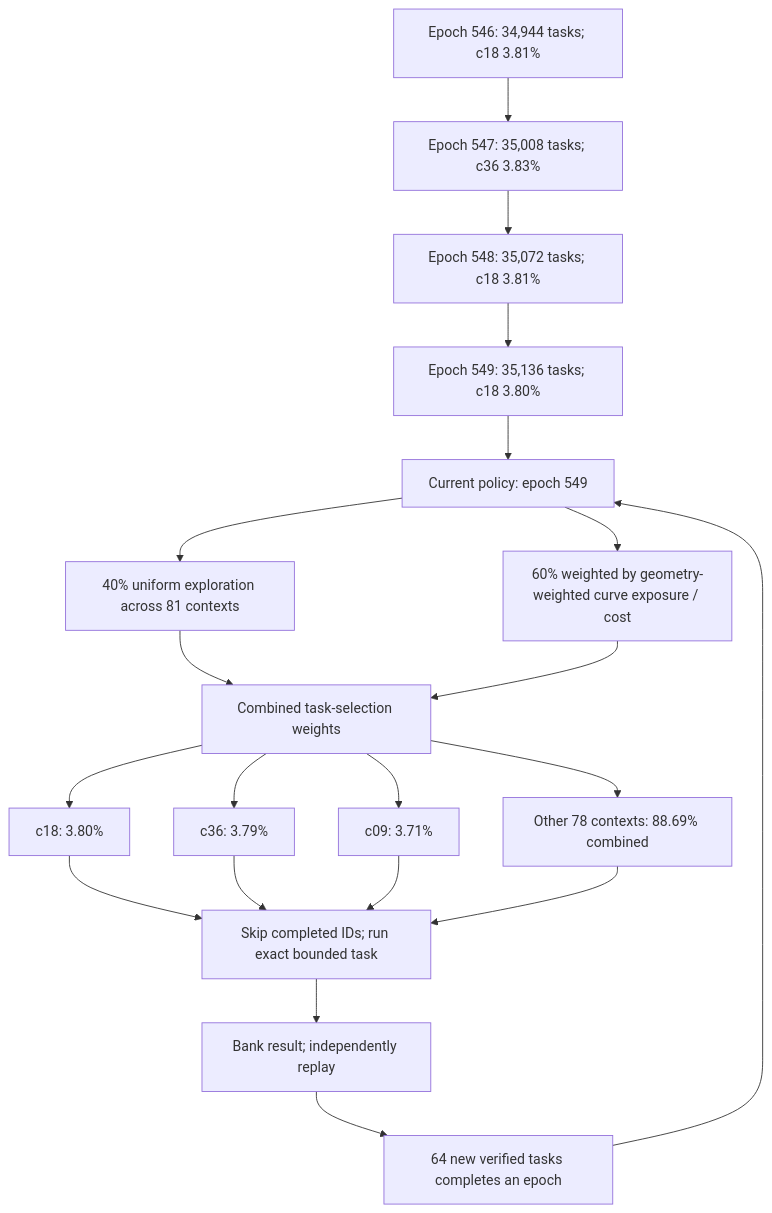
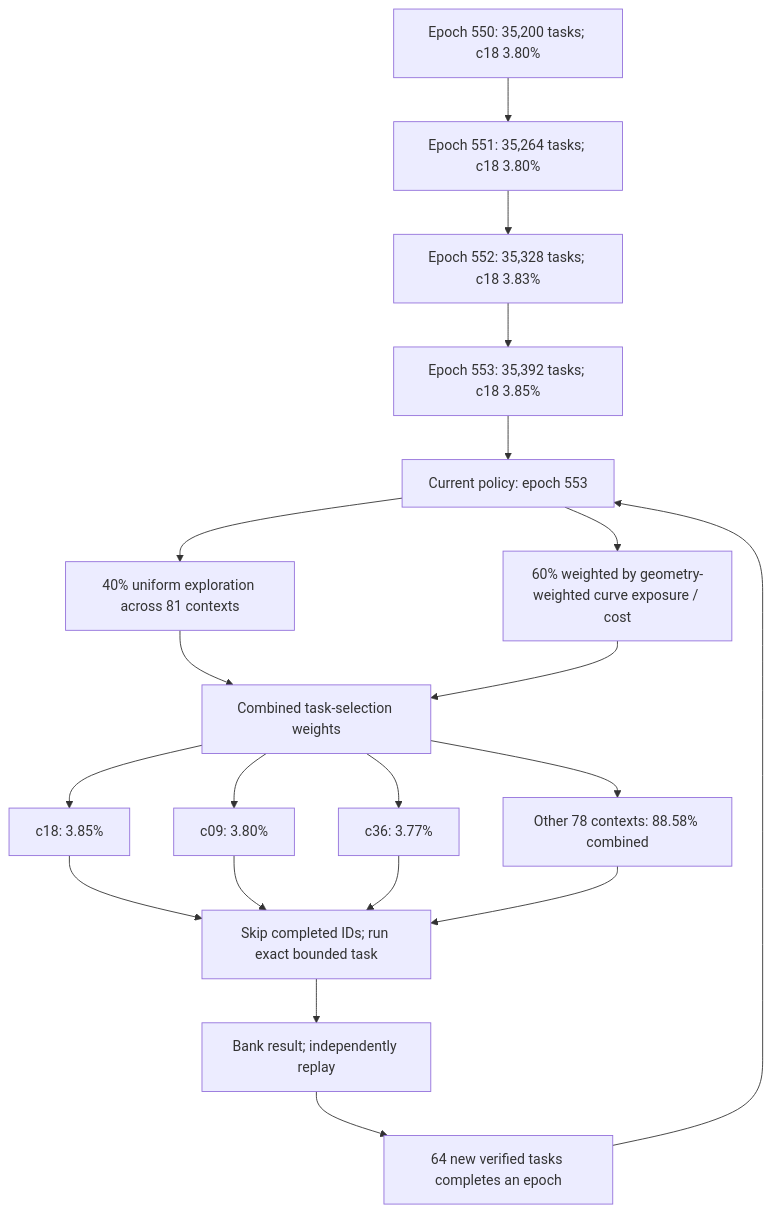
Before and after one commit to Kuberwastaken/math-gambling: the first of 3 diagrams in README.md, drawn with Mermaid. The commit also changed other lines of this file and 632 other files, not shown here.

````diff
--- a/README.md
+++ b/README.md
@@ -55,27 +55,27 @@
 ```mermaid
 flowchart TD
-    H0["Epoch 546: 34,944 tasks; c18 3.81%"]
-    H1["Epoch 547: 35,008 tasks; c36 3.83%"]
+    H0["Epoch 550: 35,200 tasks; c18 3.80%"]
+    H1["Epoch 551: 35,264 tasks; c18 3.80%"]
     H0 --> H1
-    H2["Epoch 548: 35,072 tasks; c18 3.81%"]
+    H2["Epoch 552: 35,328 tasks; c18 3.83%"]
     H1 --> H2
-    H3["Epoch 549: 35,136 tasks; c18 3.80%"]
+    H3["Epoch 553: 35,392 tasks; c18 3.85%"]
     H2 --> H3
-    Policy["Current policy: epoch 549"]
+    Policy["Current policy: epoch 553"]
     H3 --> Policy
     Policy --> Explore["40% uniform exploration across 81 contexts"]
     Policy --> Cost["60% weighted by geometry-weighted curve exposure / cost"]
     Explore --> Mix["Combined task-selection weights"]
     Cost --> Mix
-    Mix --> C0["c18: 3.80%"]
-    Mix --> C1["c36: 3.79%"]
-    Mix --> C2["c09: 3.71%"]
-    Mix --> Rest["Other 78 contexts: 88.69% combined"]
+    Mix --> C0["c18: 3.85%"]
+    Mix --> C1["c09: 3.80%"]
+    Mix --> C2["c36: 3.77%"]
+    Mix --> Rest["Other 78 contexts: 88.58% combined"]
     C0 --> Check["Skip completed IDs; run exact bounded task"]
     C1 --> Check
     C2 --> Check
     Rest --> Check
     Check --> Replay["Bank result; independently replay"]
     Replay --> Gate["64 new verified tasks completes an epoch"]
     Gate --> Policy
 ```
````
